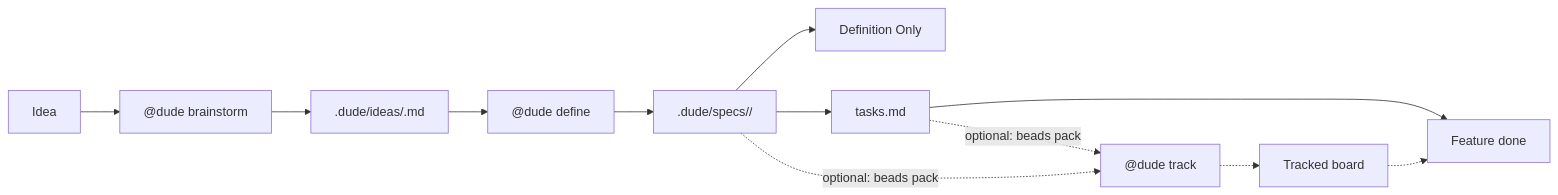
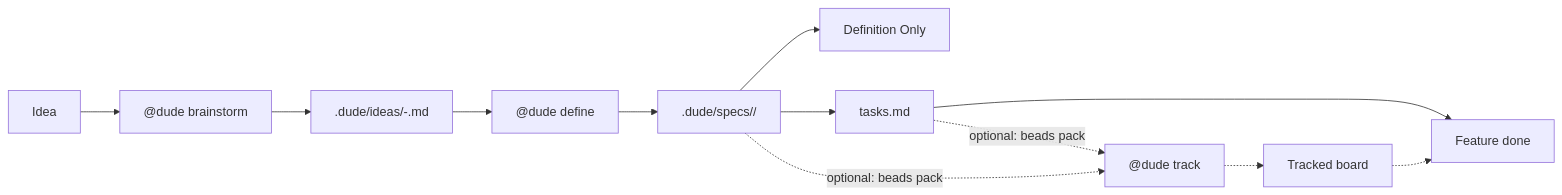
Before and after one commit to E-G-C/dude: the diagram in docs/workflow.md, drawn with Mermaid. The commit also changed other lines of this file and 163 other files, not shown here.

````diff
--- a/docs/workflow.md
+++ b/docs/workflow.md
@@ -82,14 +88,14 @@
 ```mermaid
 graph LR
   INPUT["Idea"] --> BRAINSTORM["@dude brainstorm"]
-  BRAINSTORM --> IDEA[".dude/ideas/<slug>.md"]
+  BRAINSTORM --> IDEA[".dude/ideas/<NNN>-<slug>.md"]
   IDEA --> DEFINE["@dude define <slug>"]
   DEFINE --> PACKAGE[".dude/specs/<feature>/"]
   PACKAGE --> STOP["Definition Only"]
   PACKAGE --> TASKS["tasks.md"]
   TASKS --> DONE["Feature done"]
   PACKAGE -.->|optional: beads pack| TRACK["@dude track"]
   TASKS -.->|optional: beads pack| TRACK
   TRACK -.-> BOARD["Tracked board"]
   BOARD -.-> DONE
 ```
````
